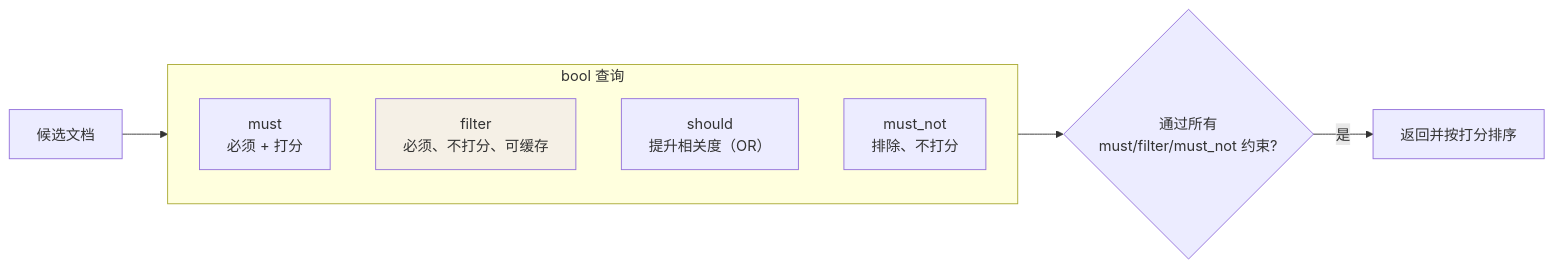
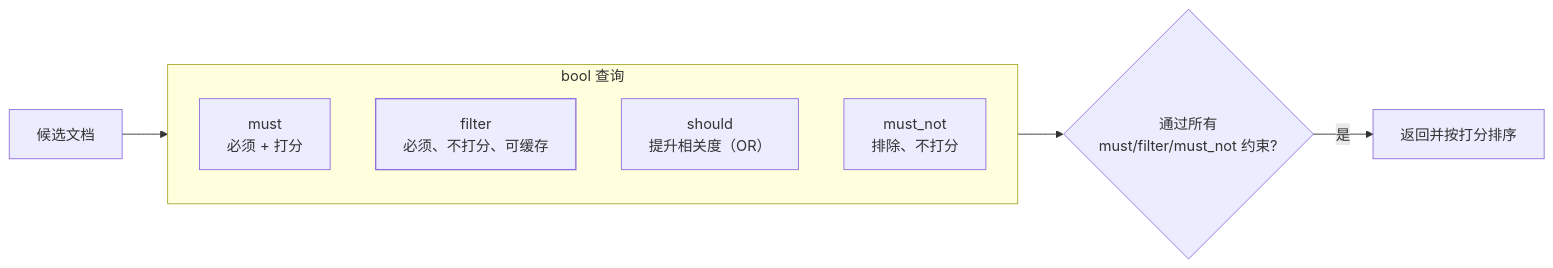
The diagram in src/content/docs/elasticsearch/intermediate/usage/01-query-dsl.md (Loadhao/ascension), drawn with Mermaid before and after one commit. The commit also changed 87 other files, not shown here.

First line of the commit message:
fix: 全站图表配色改由主题接管，修复暗色主题下浅底浅字看不清

````diff
--- a/src/content/docs/elasticsearch/intermediate/usage/01-query-dsl.md
+++ b/src/content/docs/elasticsearch/intermediate/usage/01-query-dsl.md
@@ -54,13 +54,14 @@
 ```mermaid
 flowchart LR
     subgraph bool["bool 查询"]
         MUST["must<br/>必须 + 打分"]
         FILTER["filter<br/>必须、不打分、可缓存"]
         SHOULD["should<br/>提升相关度（OR）"]
         MUSTNOT["must_not<br/>排除、不打分"]
     end
     DOC["候选文档"] --> bool
     bool --> RESULT{"通过所有<br/>must/filter/must_not 约束?"}
     RESULT -- "是" --> OUT["返回并按打分排序"]
-    style FILTER fill:#f5f0e6
+    class FILTER hl
+    classDef hl stroke-width:1.5px
 ```
````
